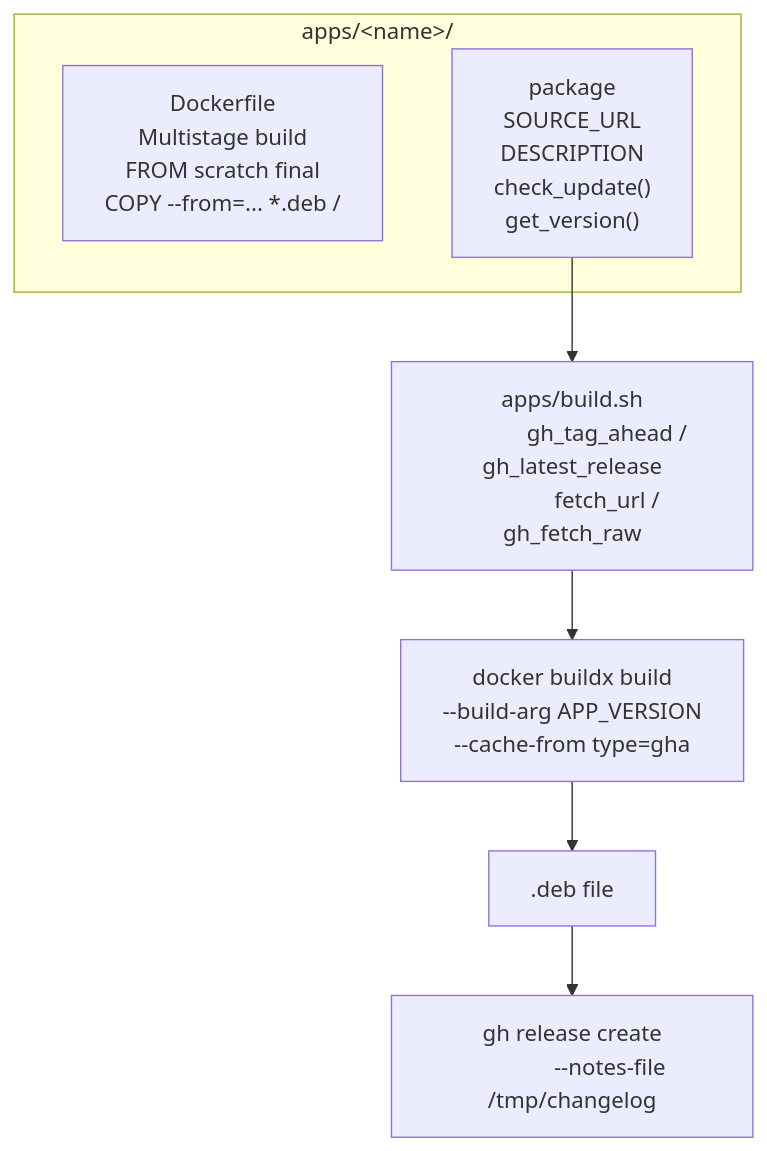
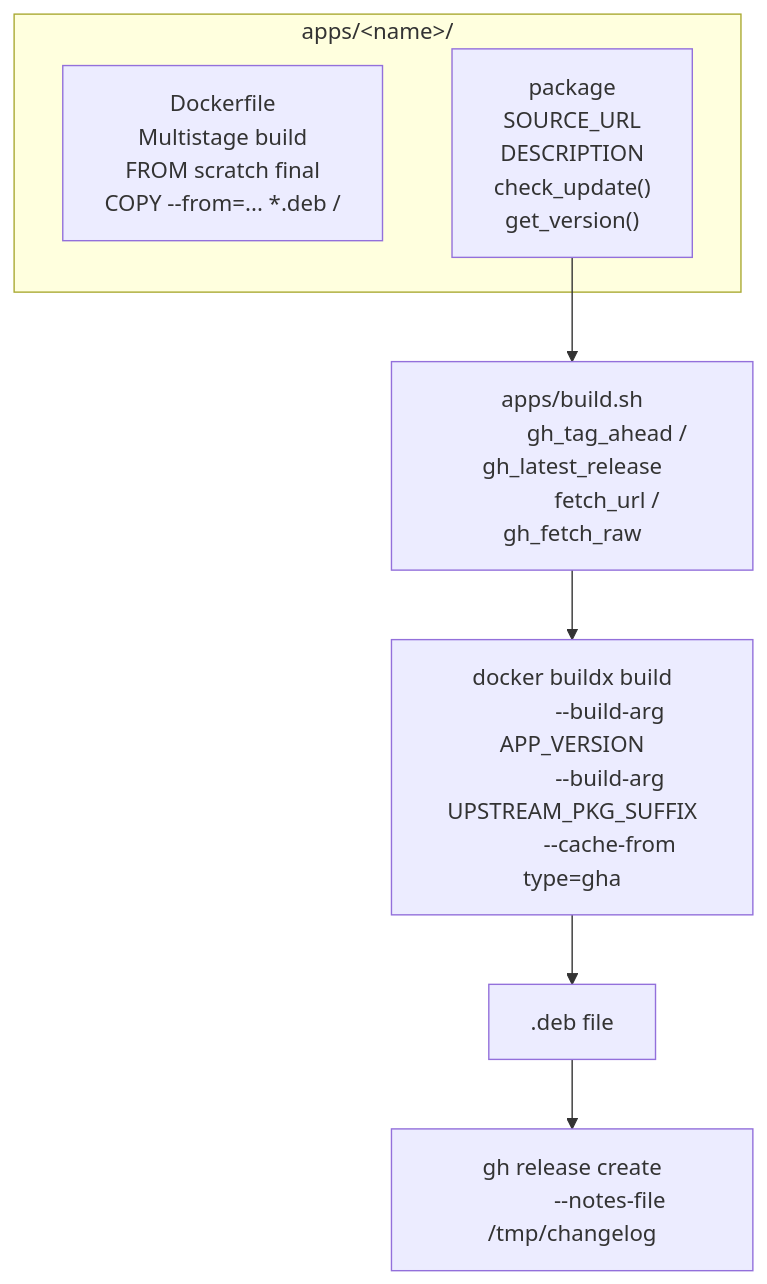
The fourth of 5 diagrams in docs/ARCHITECTURE.md (DayDve/apt-repo), drawn with Mermaid before and after one commit. The commit also changed other lines of this file and 5 other files, not shown here.

First line of the commit message:
fix(mc6): use distro-suffixed upstream source packages via UPSTREAM_PKG_SUFFIX

````diff
--- a/docs/ARCHITECTURE.md
+++ b/docs/ARCHITECTURE.md
@@ -142,24 +142,25 @@
 ```mermaid
 flowchart TD
   subgraph APP["apps/&lt;name&gt;/"]
     DOCKER["Dockerfile
           Multistage build
           FROM scratch final
           COPY --from=... *.deb /"]
     PKG["package
          SOURCE_URL
          DESCRIPTION
          check_update()
          get_version()"]
   end
 
   PKG --> SH["apps/build.sh
              gh_tag_ahead / gh_latest_release
              fetch_url / gh_fetch_raw"]
   SH --> DKR2["docker buildx build
               --build-arg APP_VERSION
+              --build-arg UPSTREAM_PKG_SUFFIX
               --cache-from type=gha"]
   DKR2 --> DEB[".deb file"]
   DEB --> REL["gh release create
               --notes-file /tmp/changelog"]
 ```
````
